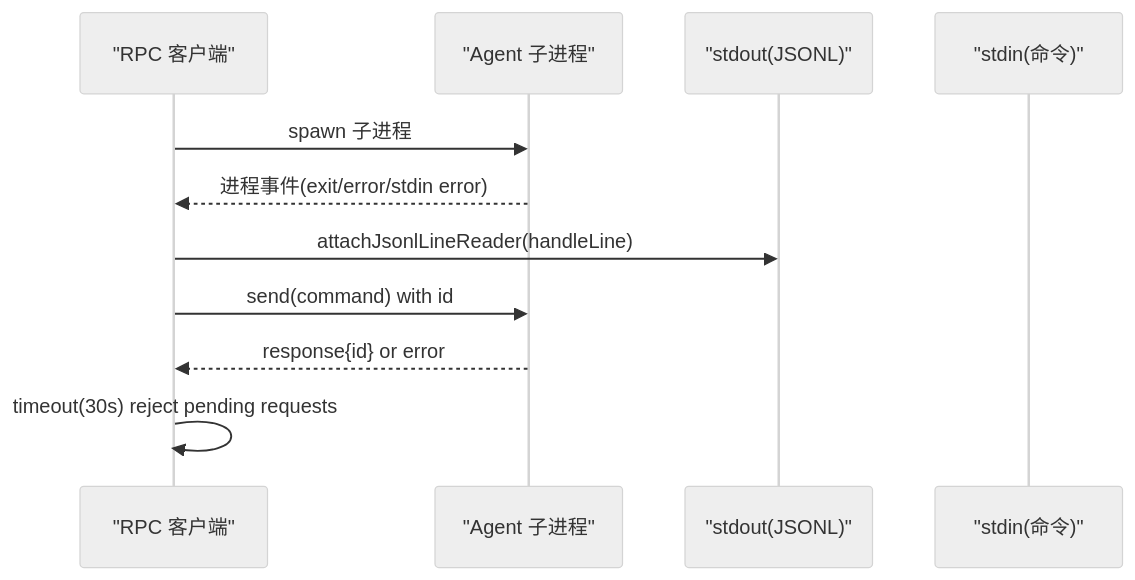
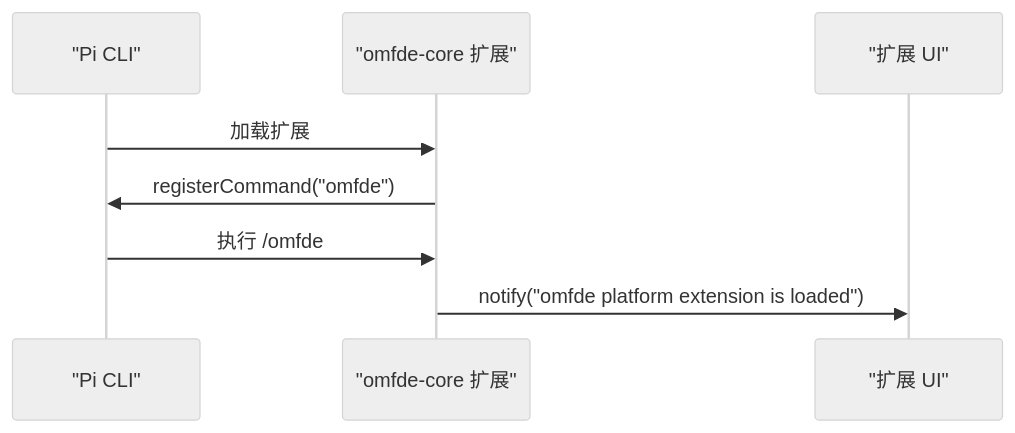
One commit to FDE-GROUP/oh-my-coding-agent changed the eighth of 9 diagrams in .qoder/repowiki/zh/content/项目概述/架构概览.md. Above: the diagram before and after it, drawn with Mermaid (neutral theme). The commit also changed other lines of this file and 755 other files, not shown here.

````diff
--- a/.qoder/repowiki/zh/content/项目概述/架构概览.md
+++ b/.qoder/repowiki/zh/content/项目概述/架构概览.md
@@ -289,13 +308,10 @@
 ```mermaid
 sequenceDiagram
-participant Client as "RPC 客户端"
-participant Child as "Agent 子进程"
-participant Stdout as "stdout(JSONL)"
-participant Stdin as "stdin(命令)"
-Client->>Child : spawn 子进程
-Child-->>Client : 进程事件(exit/error/stdin error)
-Client->>Stdout : attachJsonlLineReader(handleLine)
-Client->>Child : send(command) with id
-Child-->>Client : response{id} or error
-Client->>Client : timeout(30s) reject pending requests
+participant CLI as "Pi CLI"
+participant EXT as "omfde-core 扩展"
+participant UI as "扩展 UI"
+CLI->>EXT : 加载扩展
+EXT->>CLI : registerCommand("omfde")
+CLI->>EXT : 执行 /omfde
+EXT->>UI : notify("omfde platform extension is loaded")
 ```
````
